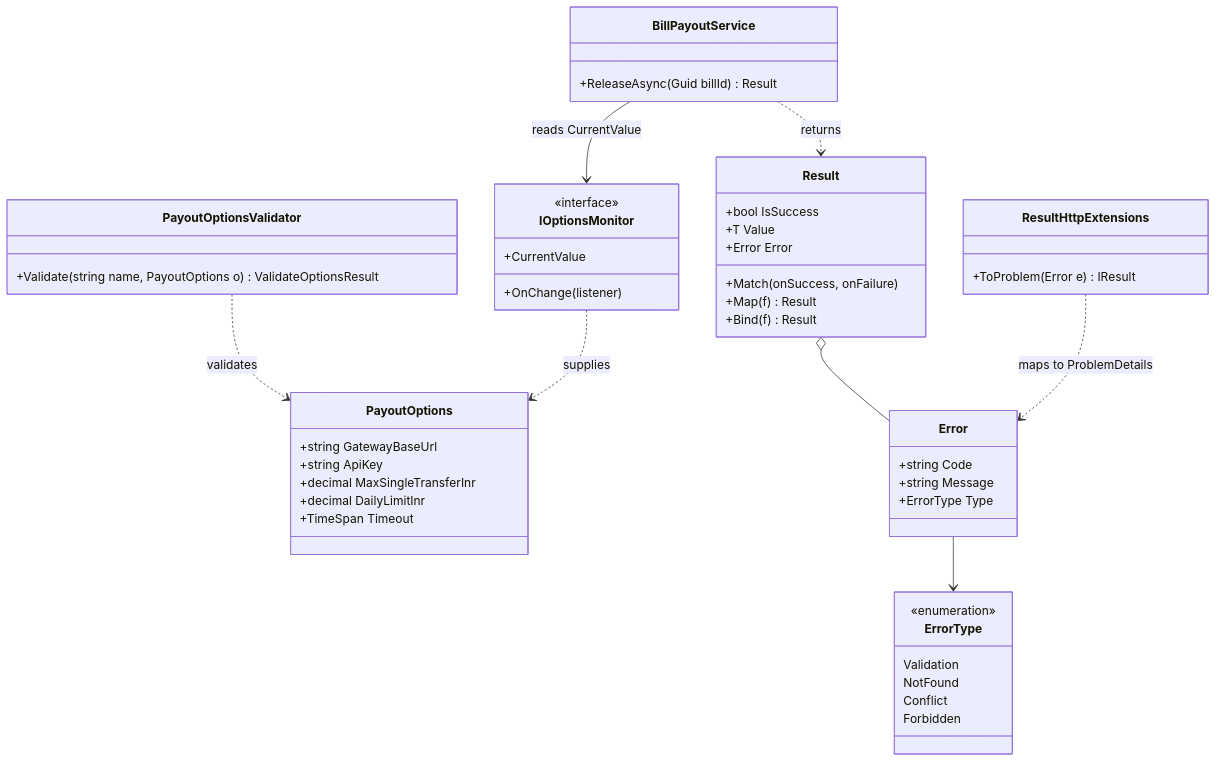
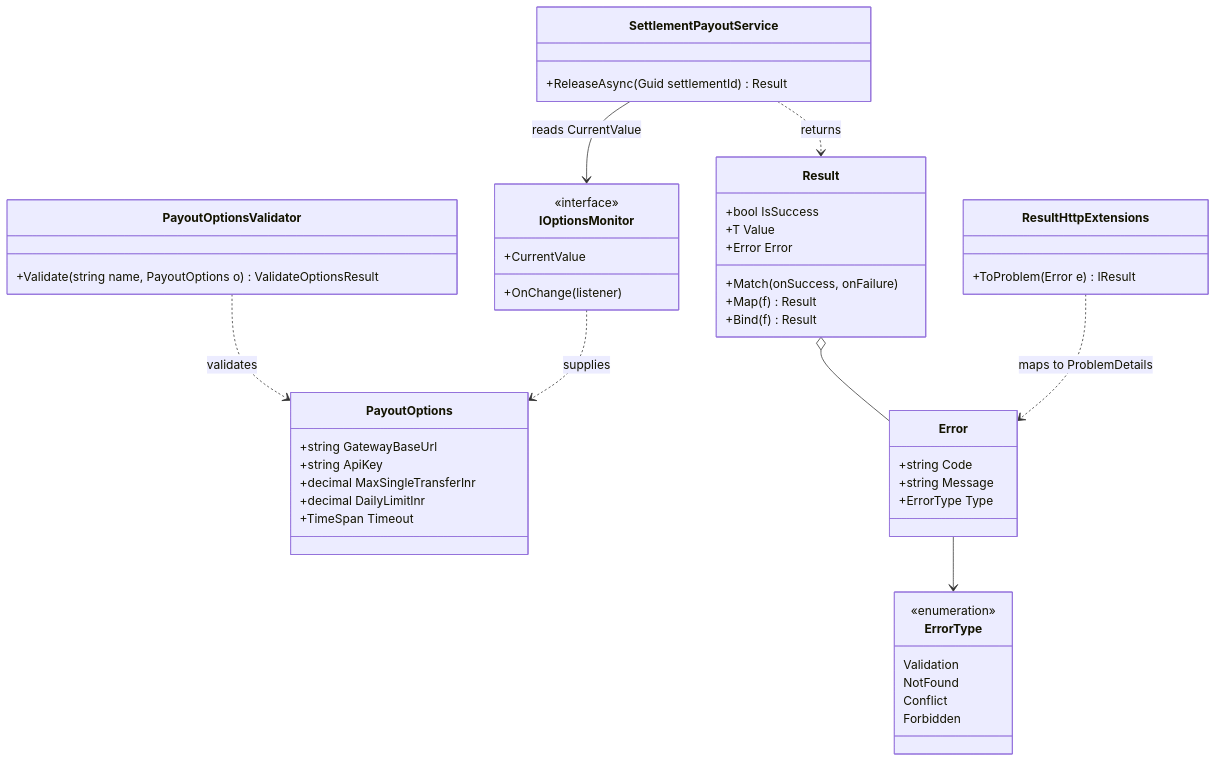
Before and after one commit to rizwi0786/system-design-lab: the first of 2 diagrams in content/lessons/m06/m06-options-result.md, drawn with Mermaid. The commit also changed other lines of this file and 334 other files, not shown here.

````diff
--- a/content/lessons/m06/m06-options-result.md
+++ b/content/lessons/m06/m06-options-result.md
@@ -121,51 +121,51 @@
 ```mermaid
 classDiagram
     class PayoutOptions {
         +string GatewayBaseUrl
         +string ApiKey
         +decimal MaxSingleTransferInr
         +decimal DailyLimitInr
         +TimeSpan Timeout
     }
     class PayoutOptionsValidator {
         +Validate(string name, PayoutOptions o) ValidateOptionsResult
     }
     class IOptionsMonitor {
         <<interface>>
         +CurrentValue
         +OnChange(listener)
     }
-    class BillPayoutService {
-        +ReleaseAsync(Guid billId) Result
+    class SettlementPayoutService {
+        +ReleaseAsync(Guid settlementId) Result
     }
     class Result {
         +bool IsSuccess
         +T Value
         +Error Error
         +Match(onSuccess, onFailure)
         +Map(f) Result
         +Bind(f) Result
     }
     class Error {
         +string Code
         +string Message
         +ErrorType Type
     }
     class ErrorType {
         <<enumeration>>
         Validation
         NotFound
         Conflict
         Forbidden
     }
     class ResultHttpExtensions {
         +ToProblem(Error e) IResult
     }
     PayoutOptionsValidator ..> PayoutOptions : validates
     IOptionsMonitor ..> PayoutOptions : supplies
-    BillPayoutService --> IOptionsMonitor : reads CurrentValue
-    BillPayoutService ..> Result : returns
+    SettlementPayoutService --> IOptionsMonitor : reads CurrentValue
+    SettlementPayoutService ..> Result : returns
     Result o-- Error
     Error --> ErrorType
     ResultHttpExtensions ..> Error : maps to ProblemDetails
 ```
````
